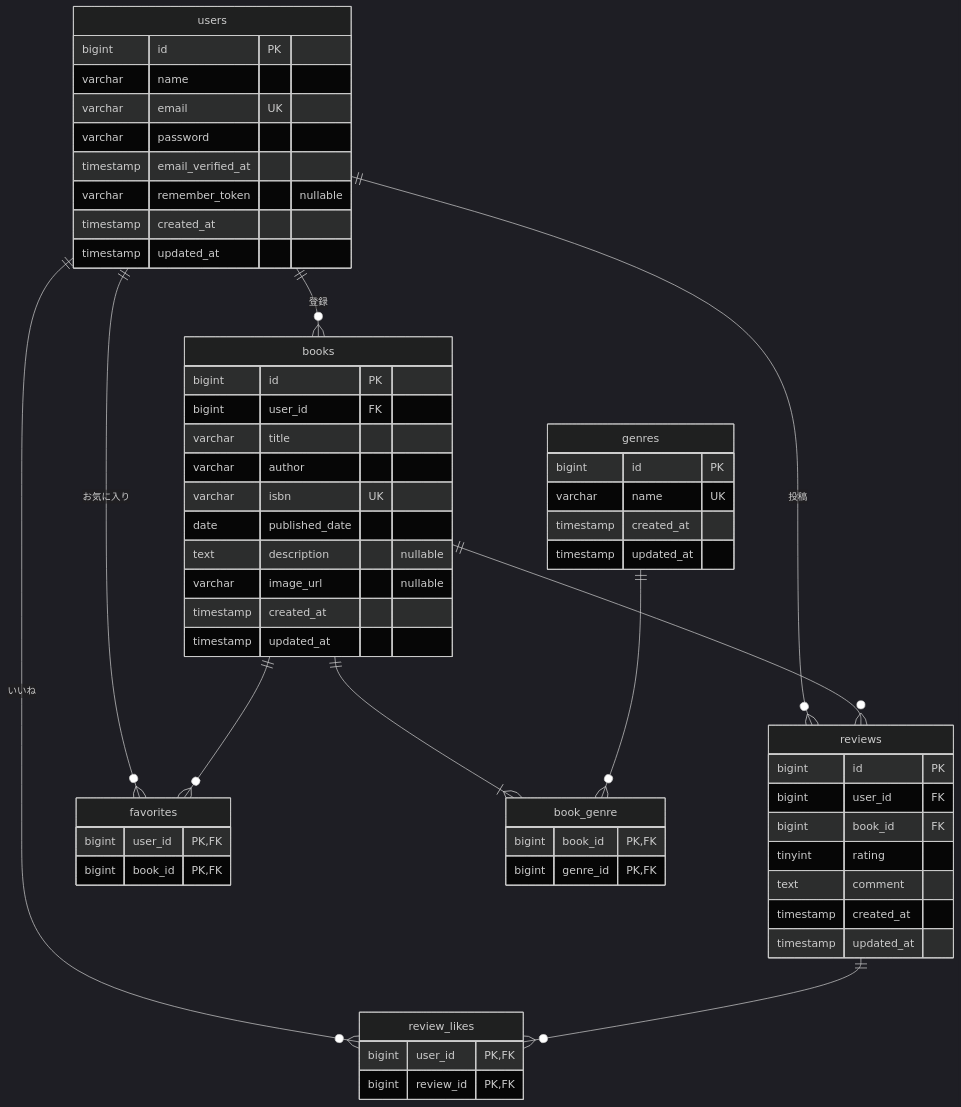
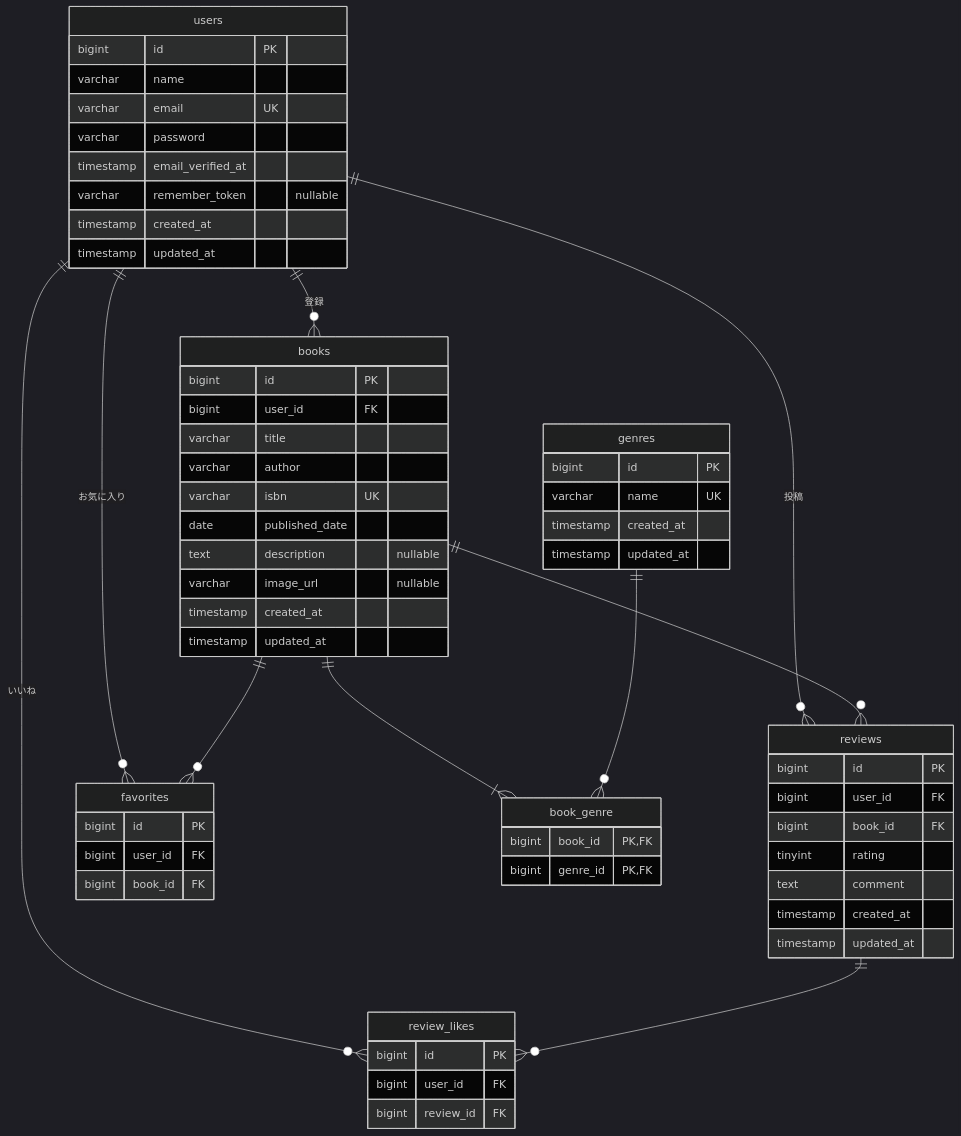
One commit to coachtech-material/ExampleAnswer-mockcase-BookShelf changed the diagram in README.md. Above: the diagram before and after it, drawn with Mermaid (dark theme). The commit also changed 7 other files, not shown here.

````diff
--- a/README.md
+++ b/README.md
@@ -144,68 +144,70 @@
 ```mermaid
 erDiagram
     users ||--o{ books : "登録"
     users ||--o{ reviews : "投稿"
     users ||--o{ favorites : "お気に入り"
     users ||--o{ review_likes : "いいね"
     books ||--o{ reviews : ""
     books ||--|{ book_genre : ""
     books ||--o{ favorites : ""
     genres ||--o{ book_genre : ""
     reviews ||--o{ review_likes : ""
 
     users {
         bigint id PK
         varchar name
         varchar email UK
         varchar password
         timestamp email_verified_at
         varchar remember_token "nullable"
         timestamp created_at
         timestamp updated_at
     }
 
     books {
         bigint id PK
         bigint user_id FK
         varchar title
         varchar author
         varchar isbn UK
         date published_date
         text description "nullable"
         varchar image_url "nullable"
         timestamp created_at
         timestamp updated_at
     }
 
     genres {
         bigint id PK
         varchar name UK
         timestamp created_at
         timestamp updated_at
     }
 
     reviews {
         bigint id PK
         bigint user_id FK
         bigint book_id FK
         tinyint rating
         text comment
         timestamp created_at
         timestamp updated_at
     }
 
     book_genre {
         bigint book_id PK,FK
         bigint genre_id PK,FK
     }
 
     favorites {
-        bigint user_id PK,FK
-        bigint book_id PK,FK
+        bigint id PK
+        bigint user_id FK
+        bigint book_id FK
     }
 
     review_likes {
-        bigint user_id PK,FK
-        bigint review_id PK,FK
+        bigint id PK
+        bigint user_id FK
+        bigint review_id FK
     }
 ```
````
